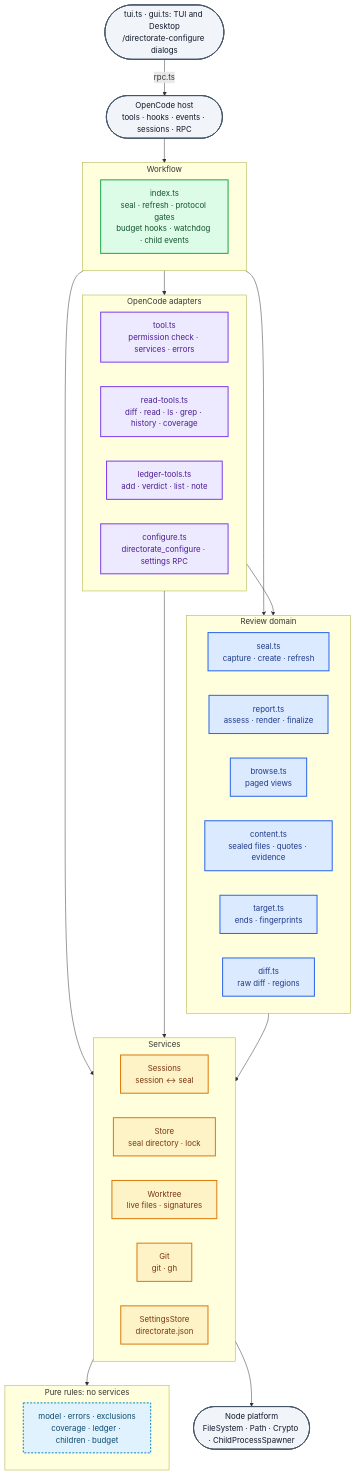
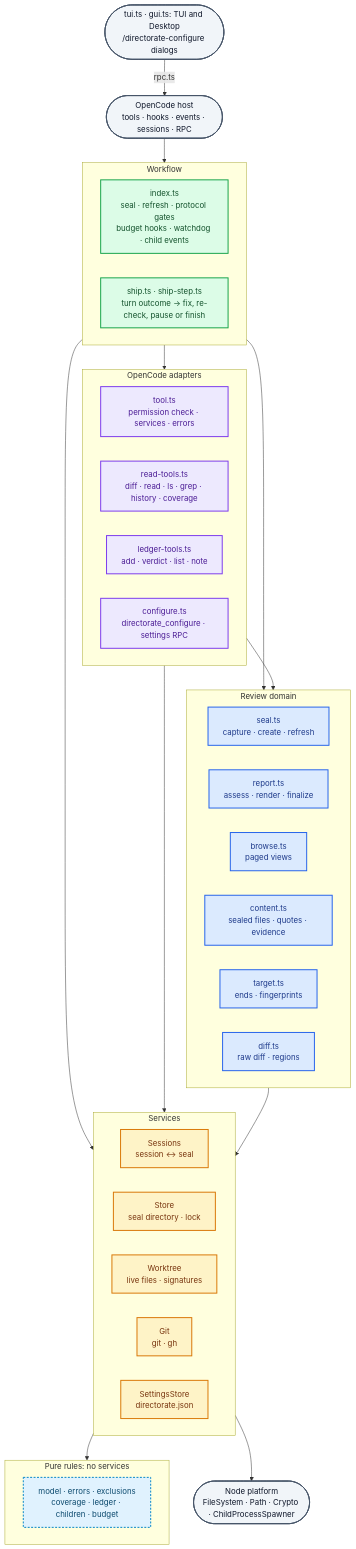
Before and after one commit to RyanCallahan312/directorate: the sixth of 6 diagrams in packages/opencode-directorate/README.md, drawn with Mermaid. The commit also changed other lines of this file and 12 other files, not shown here.

````diff
--- a/packages/opencode-directorate/README.md
+++ b/packages/opencode-directorate/README.md
@@ -319,61 +343,62 @@
 ```mermaid
 flowchart TB
     tuiPart(["tui.ts · gui.ts: TUI and Desktop<br/>/directorate-configure dialogs"])
     host(["OpenCode host<br/>tools · hooks · events · sessions · RPC"])
 
     subgraph workflow["Workflow"]
         index["index.ts<br/>seal · refresh · protocol gates<br/>budget hooks · watchdog · child events"]
+        ship["ship.ts · ship-step.ts<br/>turn outcome → fix, re-check, pause or finish"]
     end
 
     subgraph adapters["OpenCode adapters"]
         tool["tool.ts<br/>permission check · services · errors"]
         readTools["read-tools.ts<br/>diff · read · ls · grep · history · coverage"]
         ledgerTools["ledger-tools.ts<br/>add · verdict · list · note"]
         configure["configure.ts<br/>directorate_configure · settings RPC"]
     end
 
     subgraph domain["Review domain"]
         seal["seal.ts<br/>capture · create · refresh"]
         report["report.ts<br/>assess · render · finalize"]
         browse["browse.ts<br/>paged views"]
         content["content.ts<br/>sealed files · quotes · evidence"]
         target["target.ts<br/>ends · fingerprints"]
         diff["diff.ts<br/>raw diff · regions"]
     end
 
     subgraph services["Services"]
         sessions["Sessions<br/>session ↔ seal"]
         store["Store<br/>seal directory · lock"]
         worktree["Worktree<br/>live files · signatures"]
         git["Git<br/>git · gh"]
         settings["SettingsStore<br/>directorate.json"]
     end
 
     subgraph rules["Pure rules: no services"]
         pure["model · errors · exclusions<br/>coverage · ledger · children · budget"]
     end
 
     node(["Node platform<br/>FileSystem · Path · Crypto · ChildProcessSpawner"])
 
     tuiPart -- "rpc.ts" --> host
     host --> workflow
     workflow --> adapters
     workflow & adapters --> domain
     workflow & adapters --> services
     domain --> services
     services --> rules & node
 
     classDef hostC fill:#f1f5f9,stroke:#475569,stroke-width:2px,color:#0f172a
     classDef flowC fill:#dcfce7,stroke:#16a34a,stroke-width:2px,color:#14532d
     classDef adaptC fill:#ede9fe,stroke:#7c3aed,stroke-width:2px,color:#4c1d95
     classDef domainC fill:#dbeafe,stroke:#2563eb,stroke-width:2px,color:#1e3a8a
     classDef pureC fill:#e0f2fe,stroke:#0284c7,stroke-width:2px,stroke-dasharray:4 3,color:#0c4a6e
     classDef svcC fill:#fef3c7,stroke:#d97706,stroke-width:2px,color:#78350f
 
     class tuiPart,host,node hostC
-    class index flowC
+    class index,ship flowC
     class tool,readTools,ledgerTools,configure adaptC
     class seal,report,browse,content,target,diff domainC
     class pure pureC
     class sessions,store,worktree,git,settings svcC
 ```
````
